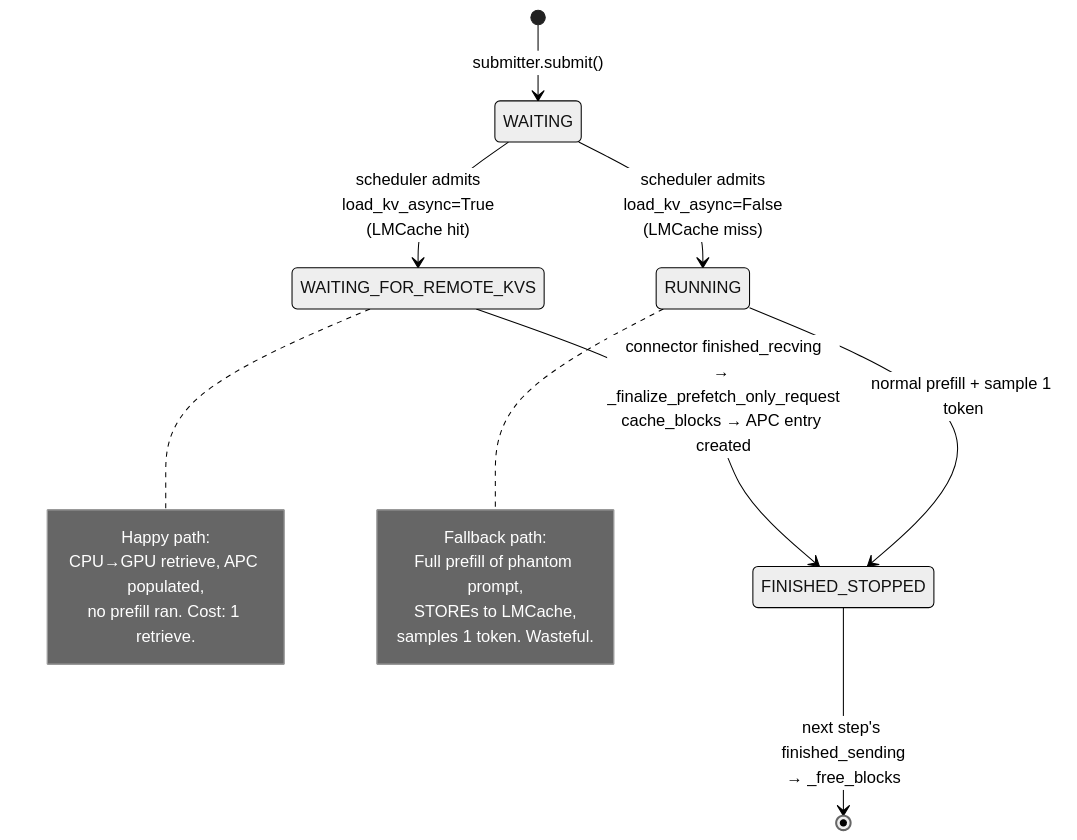
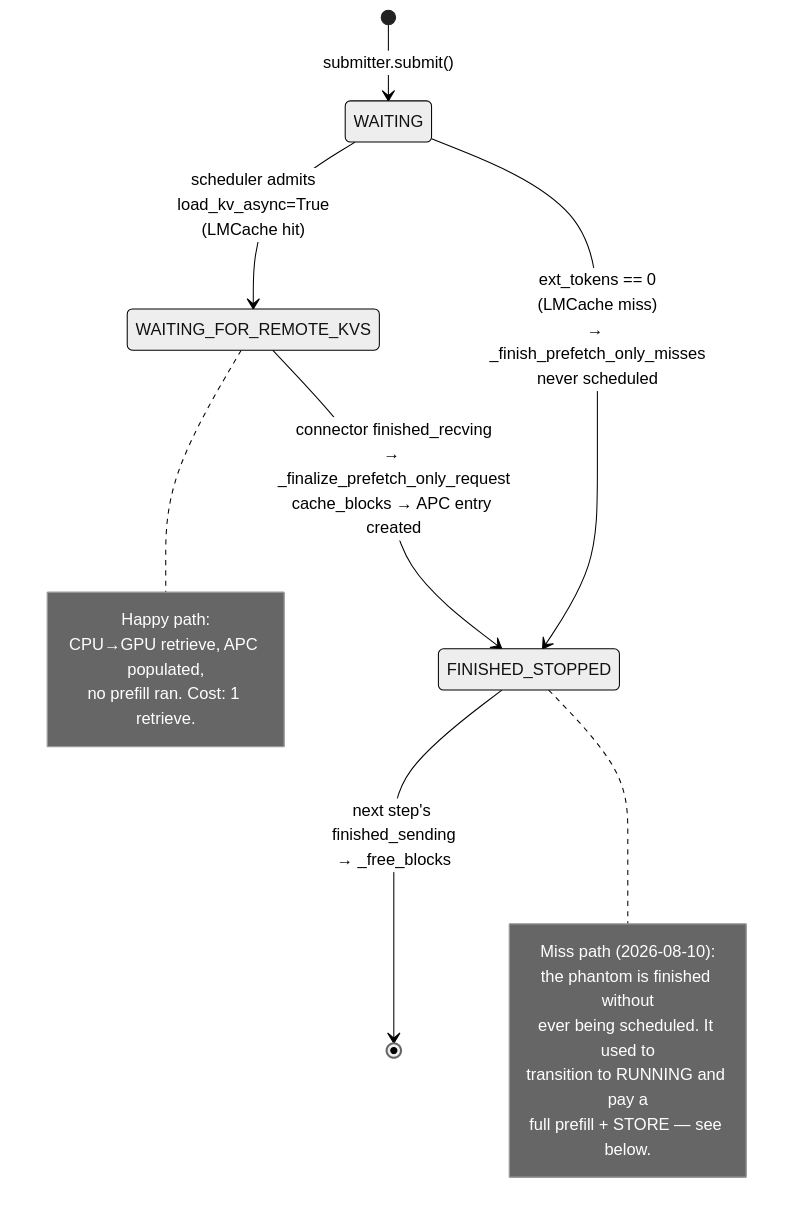
The third of 3 diagrams in plan/architecture.md (HAVibhavSharma/vllm), drawn with Mermaid (neutral theme) before and after one commit. The commit also changed other lines of this file and 6 other files, not shown here.

Commit message:
removed the recompute when prefetch misses

````diff
--- a/plan/architecture.md
+++ b/plan/architecture.md
@@ -405,24 +405,23 @@
 ```mermaid
 stateDiagram-v2
     [*] --> WAITING: submitter.submit()
     WAITING --> WAITING_FOR_REMOTE_KVS: scheduler admits<br/>load_kv_async=True<br/>(LMCache hit)
-    WAITING --> RUNNING: scheduler admits<br/>load_kv_async=False<br/>(LMCache miss)
+    WAITING --> FINISHED_STOPPED: ext_tokens == 0<br/>(LMCache miss)<br/>→ _finish_prefetch_only_misses<br/>never scheduled
 
     WAITING_FOR_REMOTE_KVS --> FINISHED_STOPPED: connector finished_recving<br/>→ _finalize_prefetch_only_request<br/>cache_blocks → APC entry created
-
-    RUNNING --> FINISHED_STOPPED: normal prefill + sample 1 token
 
     FINISHED_STOPPED --> [*]: next step's finished_sending<br/>→ _free_blocks
     note right of WAITING_FOR_REMOTE_KVS
         Happy path:
         CPU→GPU retrieve, APC populated,
         no prefill ran. Cost: 1 retrieve.
     end note
 
-    note right of RUNNING
-        Fallback path:
-        Full prefill of phantom prompt,
-        STOREs to LMCache,
-        samples 1 token. Wasteful.
+    note right of FINISHED_STOPPED
+        Miss path (2026-08-10):
+        the phantom is finished without
+        ever being scheduled. It used to
+        transition to RUNNING and pay a
+        full prefill + STORE — see below.
     end note
 ```
````
